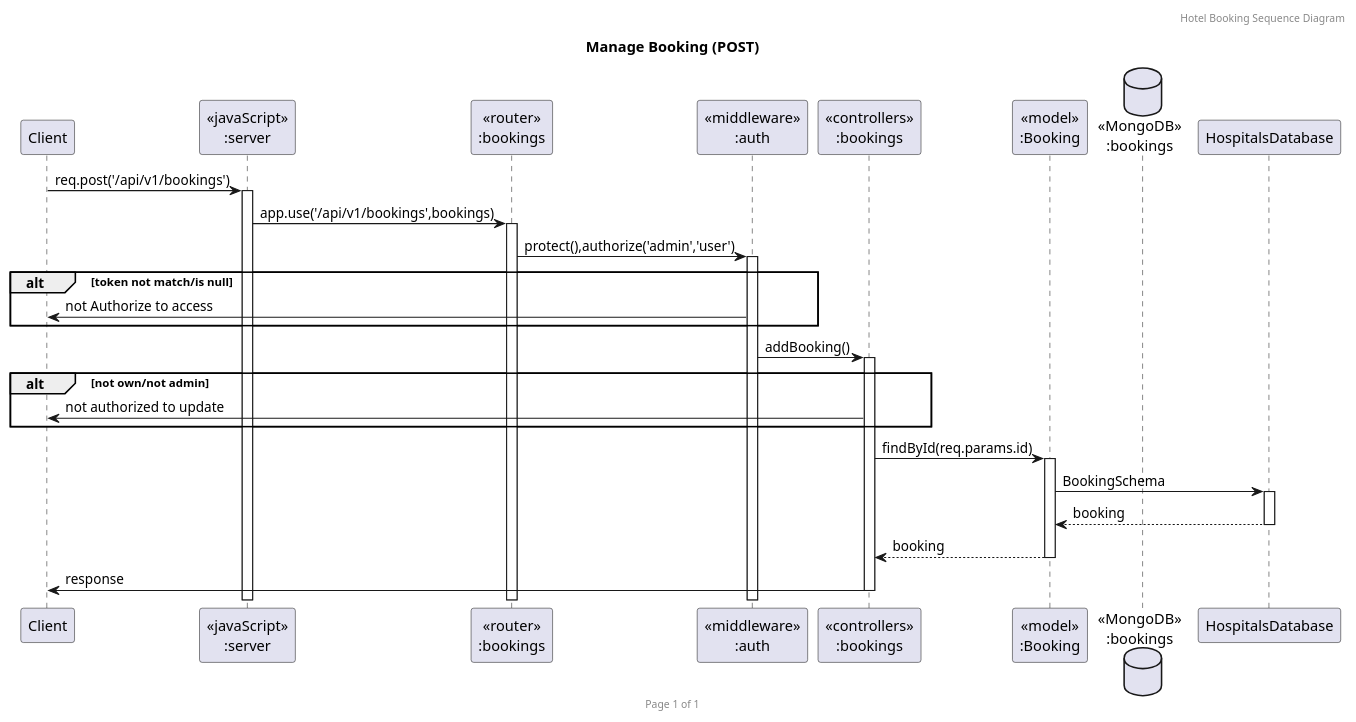
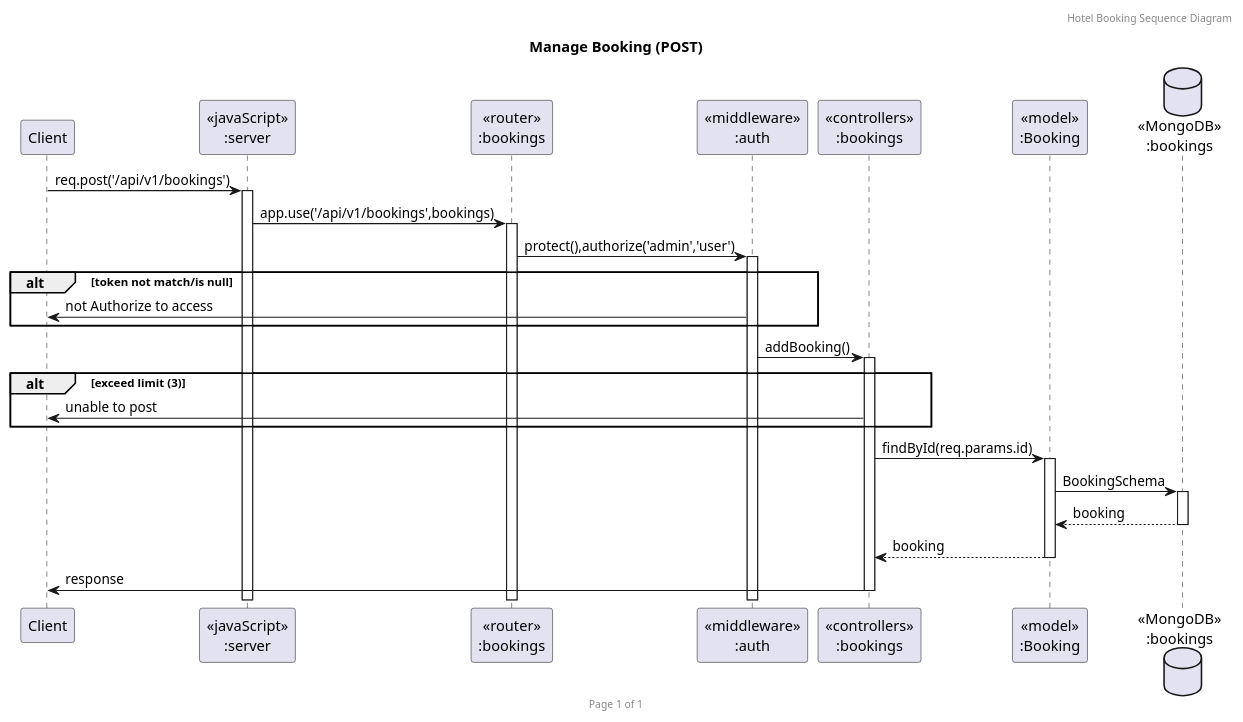
One commit to 2110503TACEDT66/presentation-day-1-drift changed the diagram in Hotel_pumls/postBooking.puml. Above: the diagram before and after it, drawn with PlantUML. The commit also changed 18 other files, not shown here.

```diff
--- a/Hotel_pumls/postBooking.puml
+++ b/Hotel_pumls/postBooking.puml
@@ -1,37 +1,37 @@
 @startuml Manage Booking (POST)
 
 header Hotel Booking Sequence Diagram
 footer Page %page% of %lastpage%
 title "Manage Booking (POST)"
 
 participant "Client" as client
 participant "<<javaScript>>\n:server" as server
 participant "<<router>>\n:bookings" as routerBookings
 participant "<<middleware>>\n:auth" as middleware
 participant "<<controllers>>\n:bookings" as controllersBookings
 participant "<<model>>\n:Booking" as modelBooking
 database "<<MongoDB>>\n:bookings" as BookingsDatabase
 
 client->server ++:req.post('/api/v1/bookings')
 server->routerBookings ++:app.use('/api/v1/bookings',bookings)
 
 
 
 routerBookings -> middleware ++: protect(),authorize('admin','user')
 alt token not match/is null
     client <- middleware : not Authorize to access
 end
 middleware -> controllersBookings ++: addBooking()
 
-alt not own/not admin
-    client <- controllersBookings :not authorized to update
+alt exceed limit (3)
+    client <- controllersBookings :unable to post
 end
 
 controllersBookings->modelBooking ++:findById(req.params.id)
-modelBooking ->HospitalsDatabase ++: BookingSchema
-HospitalsDatabase --> modelBooking --: booking
+modelBooking ->BookingsDatabase ++: BookingSchema
+BookingsDatabase --> modelBooking --: booking
 controllersBookings <-- modelBooking --:booking
 controllersBookings->client --:response
 
 
 @enduml
```
